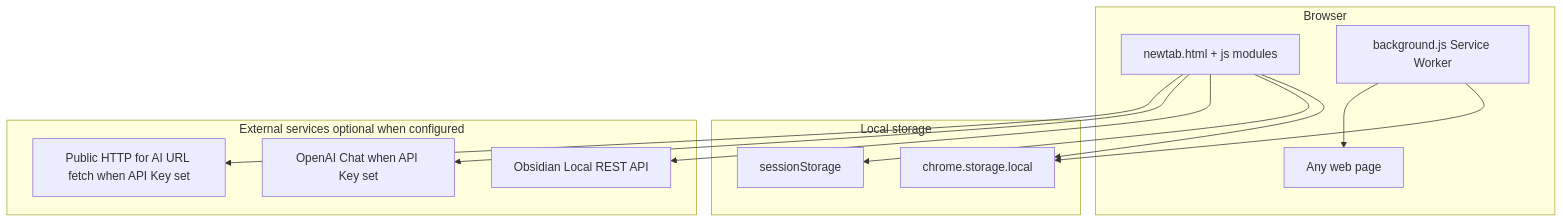
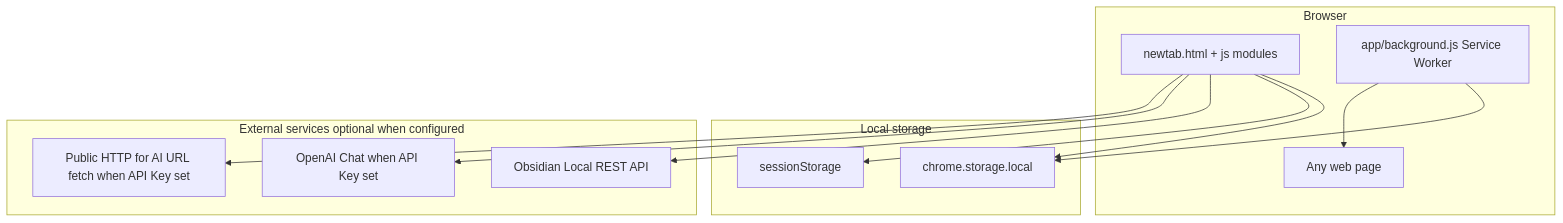
One commit to ktaishi/chrome_newtab_prompt_columns changed the first of 5 diagrams in README.md. Above: the diagram before and after it, drawn with Mermaid. The commit also changed other lines of this file and 3 other files, not shown here.

First line of the commit message:
Refactor service worker location under app directory.

````diff
--- a/README.md
+++ b/README.md
@@ -66,27 +66,27 @@
 ```mermaid
 flowchart TB
   subgraph client [Browser]
     NT[newtab.html + js modules]
-    SW[background.js Service Worker]
+    SW[app/background.js Service Worker]
     WEB[Any web page]
   end
 
   subgraph local [Local storage]
     CSL[chrome.storage.local]
     SS[sessionStorage]
   end
 
   subgraph remote [External services optional when configured]
     OBS[Obsidian Local REST API]
     OAI[OpenAI Chat when API Key set]
     HTTP[Public HTTP for AI URL fetch when API Key set]
   end
 
   NT --> CSL
   NT --> SS
   SW --> CSL
   SW --> WEB
   NT --> OBS
   NT --> OAI
   NT --> HTTP
 ```
````
